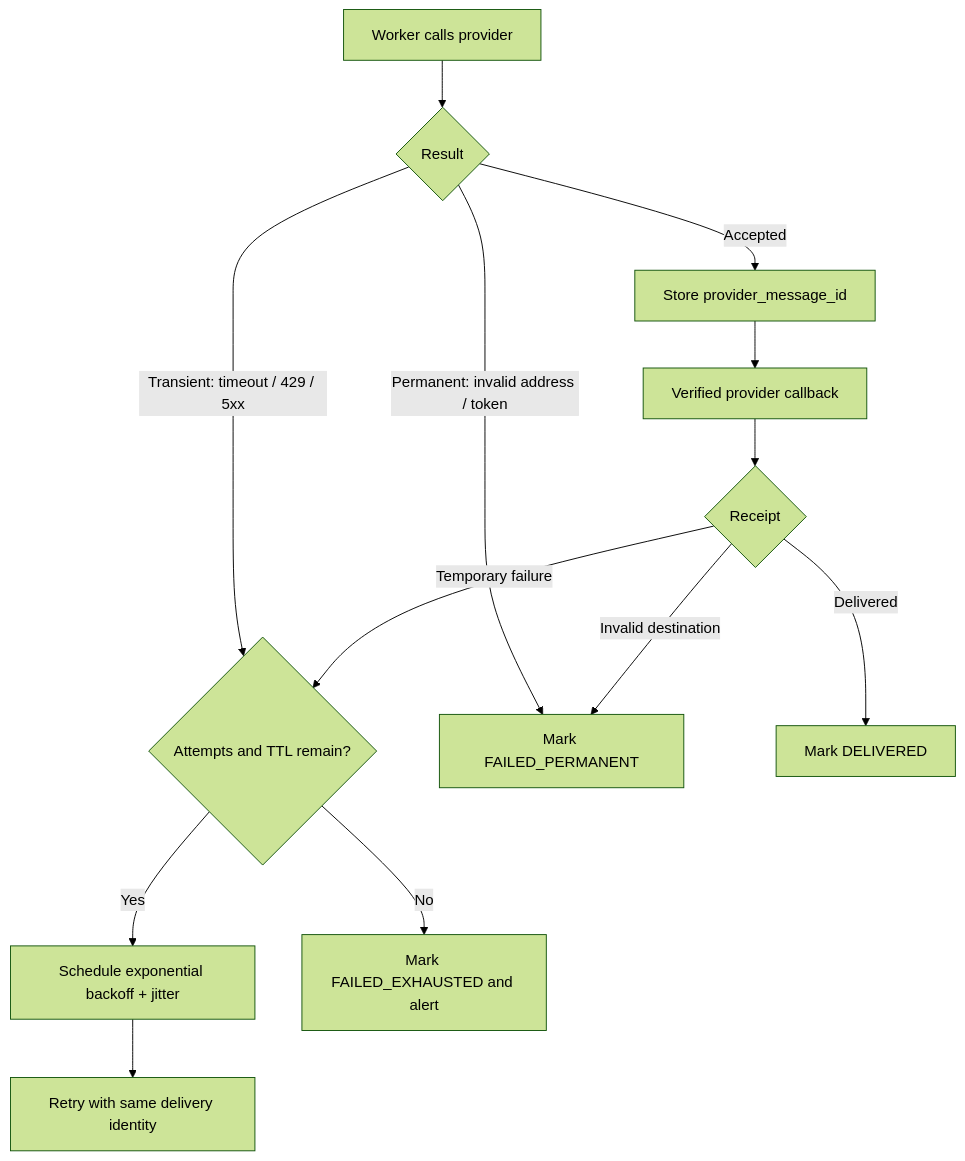
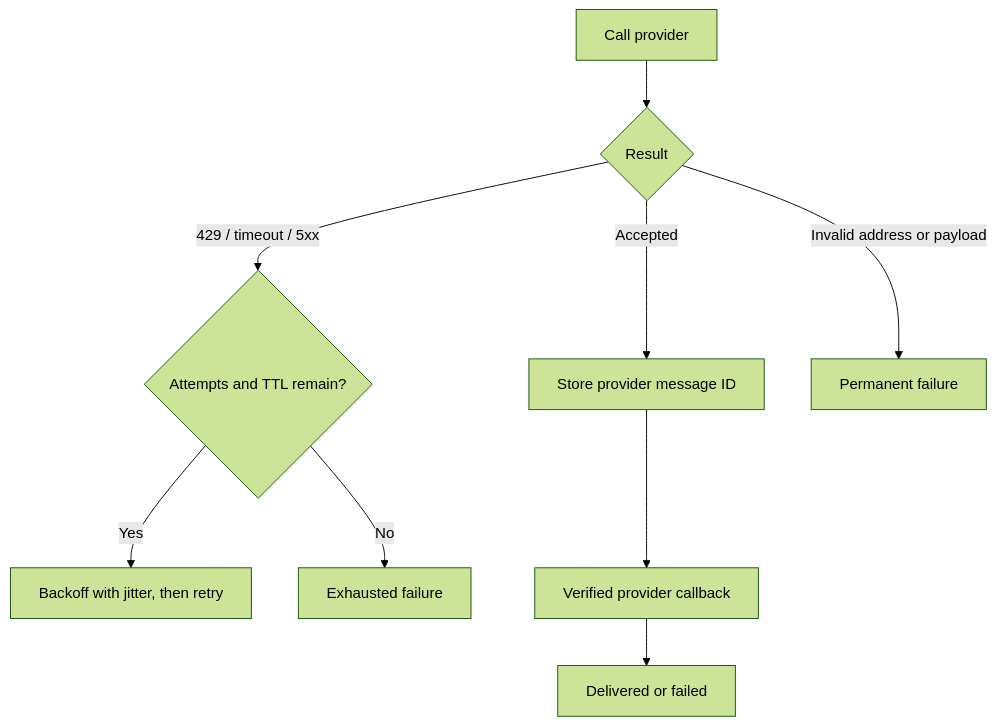
Before and after one commit to ying8020/SD: the fourth of 4 diagrams in notification_system_design.md, drawn with Mermaid (forest theme). The commit also changed other lines of this file, not shown here.

````diff
--- a/notification_system_design.md
+++ b/notification_system_design.md
@@ -468,15 +301,11 @@
 ```mermaid
 flowchart TD
-    A["Worker calls provider"] --> B{"Result"}
-    B -- "Accepted" --> C["Store provider_message_id"]
-    B -- "Transient: timeout / 429 / 5xx" --> D{"Attempts and TTL remain?"}
-    B -- "Permanent: invalid address / token" --> E["Mark FAILED_PERMANENT"]
-    D -- "Yes" --> F["Schedule exponential backoff + jitter"]
-    D -- "No" --> G["Mark FAILED_EXHAUSTED and alert"]
-    F --> H["Retry with same delivery identity"]
-    C --> I["Verified provider callback"]
-    I --> J{"Receipt"}
-    J -- "Delivered" --> K["Mark DELIVERED"]
-    J -- "Invalid destination" --> E
-    J -- "Temporary failure" --> D
+    A["Call provider"] --> B{"Result"}
+    B -- "Accepted" --> C["Store provider message ID"]
+    B -- "429 / timeout / 5xx" --> D{"Attempts and TTL remain?"}
+    B -- "Invalid address or payload" --> E["Permanent failure"]
+    D -- "Yes" --> F["Backoff with jitter, then retry"]
+    D -- "No" --> G["Exhausted failure"]
+    C --> H["Verified provider callback"]
+    H --> I["Delivered or failed"]
 ```
````
